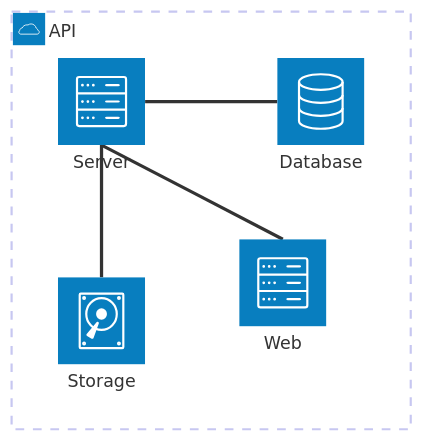
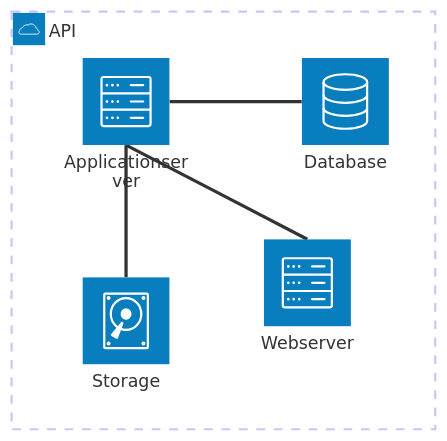
The fourth of 4 diagrams in README.md (Zheng-Bote/repo-template), drawn with Mermaid before and after one commit. The commit also changed other lines of this file, not shown here.

Commit message:
feat: Mermaid extended

````diff
--- a/README.md
+++ b/README.md
@@ -228,13 +237,13 @@
 ```mermaid
 architecture-beta
     group api(cloud)[API]
 
     service db(database)[Database] in api
-    service server0(server)[Web] in api
+    service server0(server)[Webserver] in api
     service disk2(disk)[Storage] in api
-    service server(server)[Server] in api
+    service server(server)[Applicationserver] in api
 
     db:L -- R:server
     server0:T -- B:server
     disk2:T -- B:server
 ```
````
